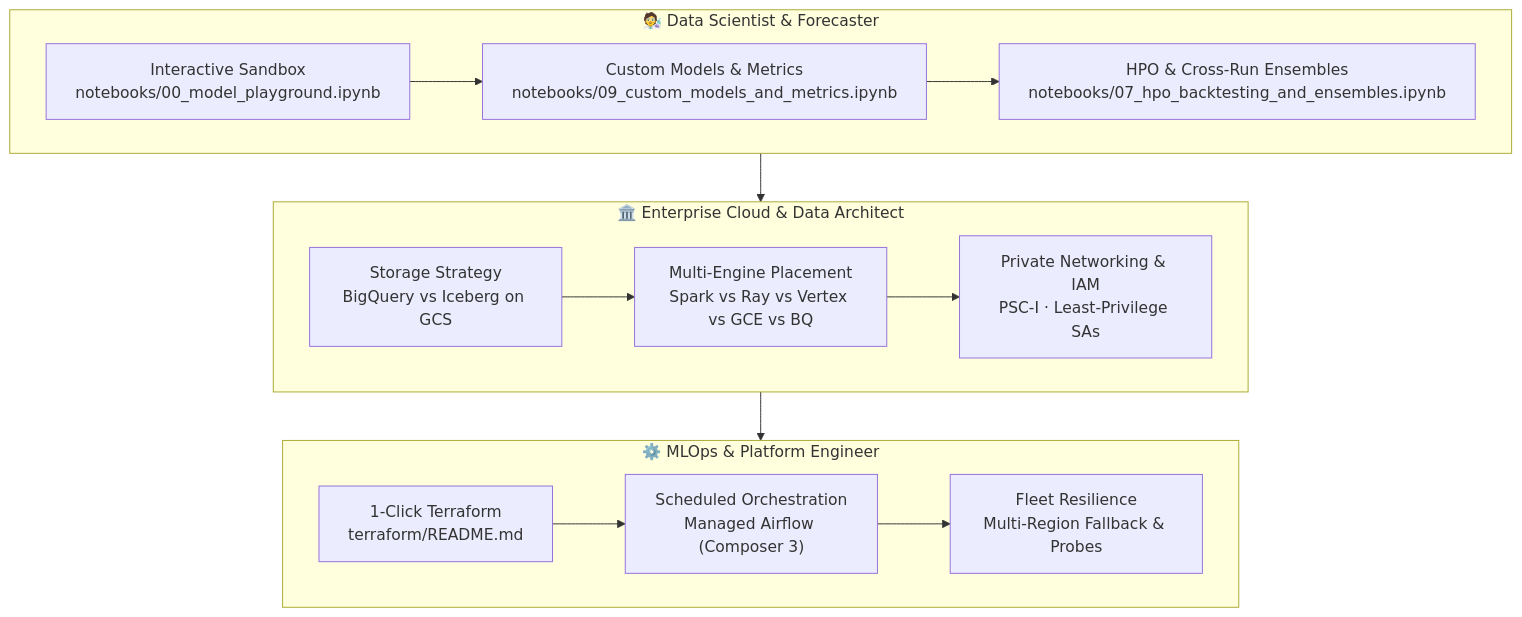
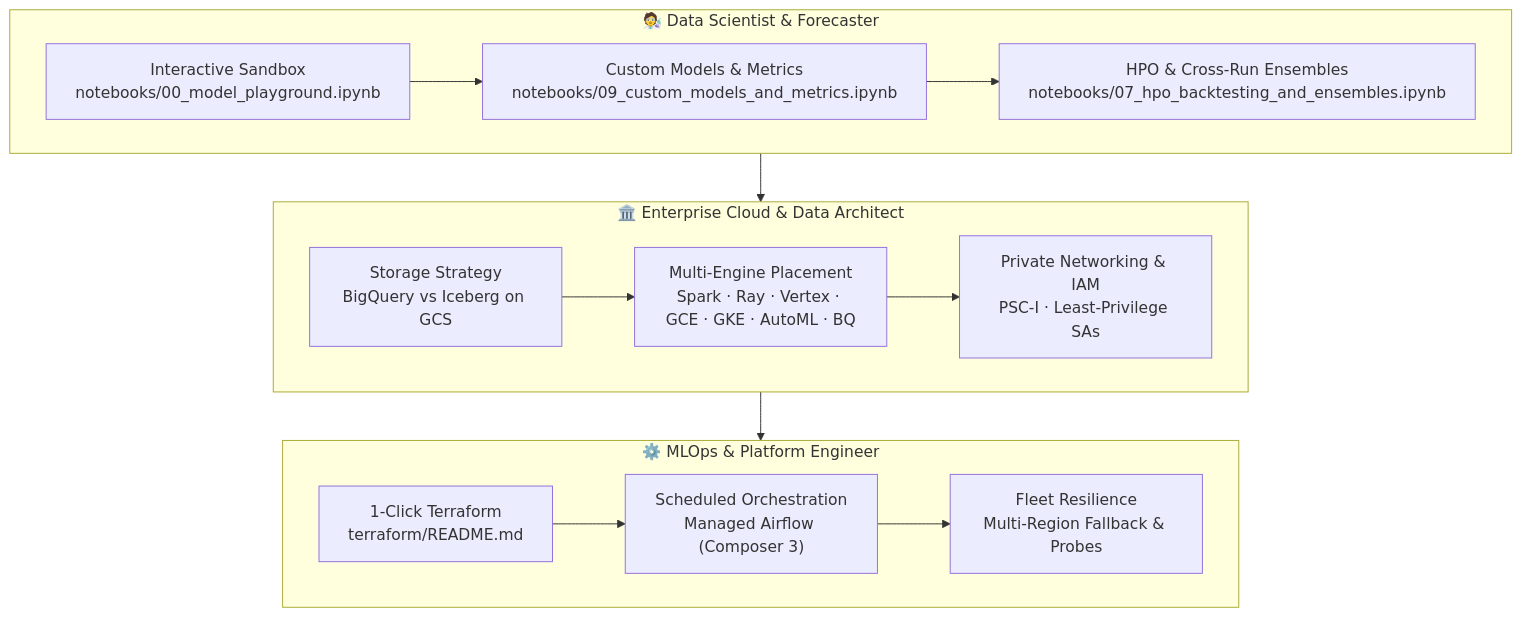
Before and after one commit to statmike/scale-forecasting: the fourth of 6 diagrams in README.md, drawn with Mermaid. The commit also changed other lines of this file and 102 other files, not shown here.

Commit message:
feat(automl,explainability): add Vertex AI AutoML & Tabular Workflows (vertex_l2l, vertex_tide, vertex_tft, vertex_seq2seq), Two-Tier Feature Attributions, and repo-wide docs

````diff
--- a/README.md
+++ b/README.md
@@ -573,19 +590,19 @@
 ```mermaid
 flowchart TD
     subgraph DataScientist["🧑‍🔬 Data Scientist & Forecaster"]
         direction LR
         DS1["Interactive Sandbox<br/>notebooks/00_model_playground.ipynb"] --> DS2["Custom Models & Metrics<br/>notebooks/09_custom_models_and_metrics.ipynb"] --> DS3["HPO & Cross-Run Ensembles<br/>notebooks/07_hpo_backtesting_and_ensembles.ipynb"]
     end
 
     subgraph Architect["🏛️ Enterprise Cloud & Data Architect"]
         direction LR
-        AR1["Storage Strategy<br/>BigQuery vs Iceberg on GCS"] --> AR2["Multi-Engine Placement<br/>Spark vs Ray vs Vertex vs GCE vs BQ"] --> AR3["Private Networking & IAM<br/>PSC-I · Least-Privilege SAs"]
+        AR1["Storage Strategy<br/>BigQuery vs Iceberg on GCS"] --> AR2["Multi-Engine Placement<br/>Spark · Ray · Vertex · GCE · GKE · AutoML · BQ"] --> AR3["Private Networking & IAM<br/>PSC-I · Least-Privilege SAs"]
     end
 
     subgraph MLOps["⚙️ MLOps & Platform Engineer"]
         direction LR
         OP1["1-Click Terraform<br/>terraform/README.md"] --> OP2["Scheduled Orchestration<br/>Managed Airflow (Composer 3)"] --> OP3["Fleet Resilience<br/>Multi-Region Fallback & Probes"]
     end
 
     DataScientist --> Architect --> MLOps
 ```
````
